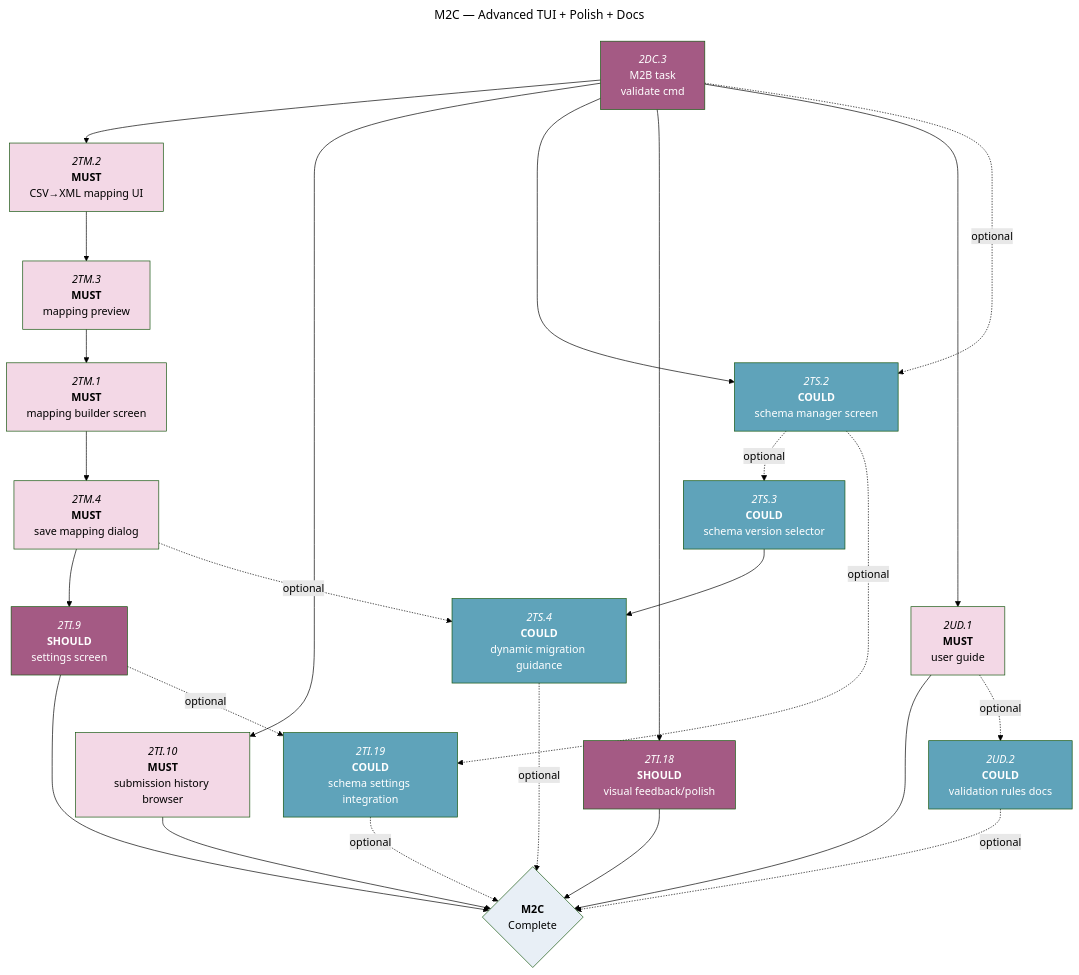
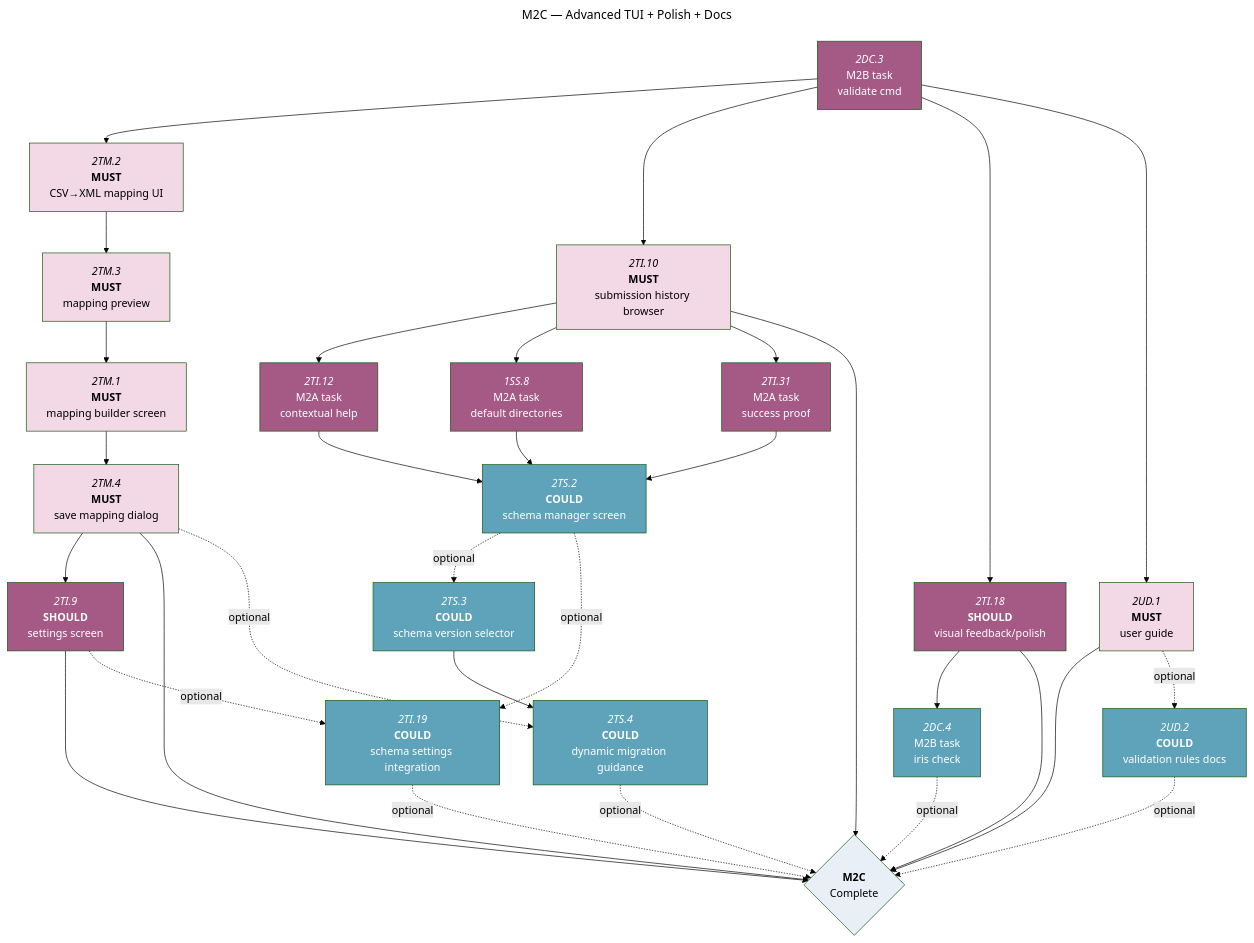
Before and after one commit to foundersandcoders/iris: the fourth of 5 diagrams in docs/roadmaps/phase-1-mvp-features.md, drawn with Mermaid (forest theme). The commit also changed other lines of this file, not shown here.

````diff
--- a/docs/roadmaps/phase-1-mvp-features.md
+++ b/docs/roadmaps/phase-1-mvp-features.md
@@ -256,45 +252,51 @@
 ```mermaid
 ---
 title: M2C — Advanced TUI + Polish + Docs
 ---
 graph TD
 
 2DC.3["`*2DC.3*<br/>M2B task<br/>validate cmd`"]:::should-blocked
 
-2DC.3 --> 2TM.2 & 2TI.10 & 2TS.2 & 2TI.18 & 2UD.1
+2DC.3 --> 2TM.2 & 2TI.10 & 2TI.18 & 2UD.1
 
 2TM.2["`*2TM.2*<br/>**MUST**<br/>CSV→XML mapping UI`"]:::must-blocked --> 2TM.3
 2TM.3["`*2TM.3*<br/>**MUST**<br/>mapping preview`"]:::must-blocked --> 2TM.1
 2TM.1["`*2TM.1*<br/>**MUST**<br/>mapping builder screen`"]:::must-blocked --> 2TM.4
 2TM.4["`*2TM.4*<br/>**MUST**<br/>save mapping dialog`"]:::must-blocked --> 2TI.9
 
 2TI.9["`*2TI.9*<br/>**SHOULD**<br/>settings screen`"]:::should-blocked
 
-2TS.2["`*2TS.2*<br/>**COULD**<br/>schema manager screen`"]:::could-blocked
-2TS.3["`*2TS.3*<br/>**COULD**<br/>schema version selector`"]:::could-blocked --> 2TS.4
-2TS.4["`*2TS.4*<br/>**COULD**<br/>dynamic migration guidance`"]:::could-blocked
-
-2TI.19["`*2TI.19*<br/>**COULD**<br/>schema settings integration`"]:::could-blocked
-
 2TI.10["`*2TI.10*<br/>**MUST**<br/>submission history browser`"]:::must-blocked
 2TI.18["`*2TI.18*<br/>**SHOULD**<br/>visual feedback/polish`"]:::should-blocked
 2UD.1["`*2UD.1*<br/>**MUST**<br/>user guide`"]:::must-blocked
 2UD.2["`*2UD.2*<br/>**COULD**<br/>validation rules docs`"]:::could-blocked
 
+2TI.12["`*2TI.12*<br/>M2A task<br/>contextual help`"]:::should-blocked
+1SS.8["`*1SS.8*<br/>M2A task<br/>default directories`"]:::should-blocked
+2TI.31["`*2TI.31*<br/>M2A task<br/>success proof`"]:::should-blocked
+2TS.2["`*2TS.2*<br/>**COULD**<br/>schema manager screen`"]:::could-blocked
+2TS.3["`*2TS.3*<br/>**COULD**<br/>schema version selector`"]:::could-blocked --> 2TS.4
+2TS.4["`*2TS.4*<br/>**COULD**<br/>dynamic migration guidance`"]:::could-blocked
+2TI.19["`*2TI.19*<br/>**COULD**<br/>schema settings integration`"]:::could-blocked
+
+2DC.4["`*2DC.4*<br/>M2B task<br/>iris check`"]:::could-blocked
+
 %% Required dependencies %%
-2TI.9 & 2TI.10 & 2TI.18 & 2UD.1 --> phase1
+2TI.10 --> 2TI.12 & 1SS.8 & 2TI.31
+2TI.12 & 1SS.8 & 2TI.31 --> 2TS.2
+2TI.18 --> 2DC.4
+2TI.9 & 2TI.10 & 2TI.18 & 2UD.1 & 2TM.4 --> phase1
 phase1{"`**M2C**<br/>Complete`"}:::mile
 
 %% Optional dependencies %%
 2UD.1 -.->|optional| 2UD.2
 2TI.9 -.->|optional| 2TI.19
 2TM.4 -.->|optional| 2TS.4
-2DC.3 -.->|optional| 2TS.2
 2TS.2 -.->|optional| 2TS.3 & 2TI.19
-2TI.19 & 2TS.4 & 2UD.2 -.->|optional| phase1
+2TI.19 & 2TS.4 & 2UD.2 & 2DC.4 -.->|optional| phase1
 
 classDef must-blocked fill:#F3D8E6,color:#000;
 classDef should-blocked fill:#A45A84,color:#fff;
 classDef could-blocked fill:#5FA3BA,color:#fff;
 classDef mile fill:#E8EFF6,color:#000;
 ```
````
